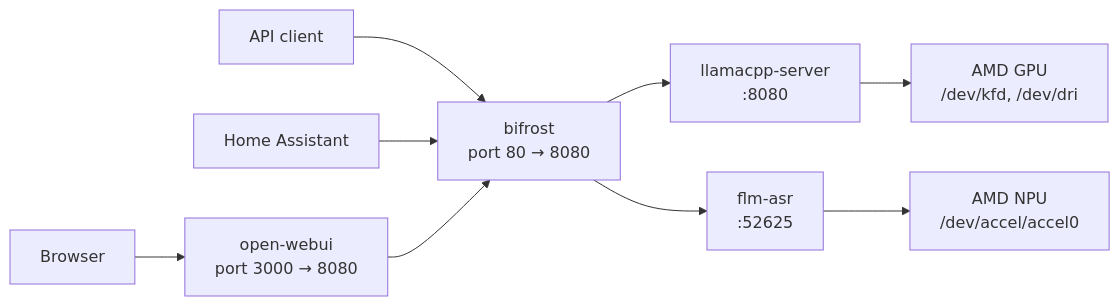
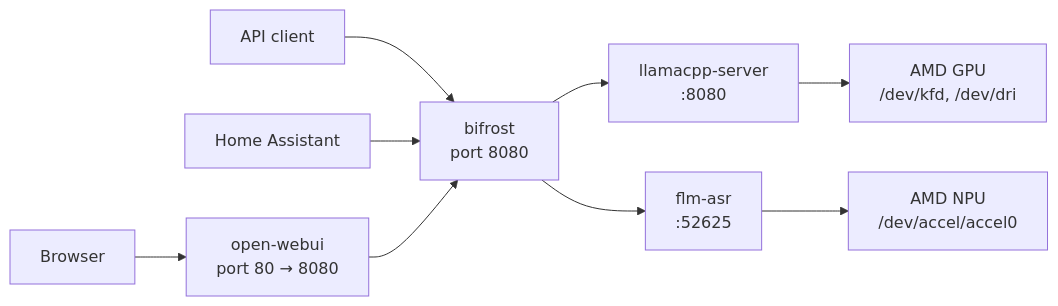
One commit to edepree/llm changed the diagram in README.md. Above: the diagram before and after it, drawn with Mermaid. The commit also changed other lines of this file and 5 other files, not shown here.

````diff
--- a/README.md
+++ b/README.md
@@ -116,11 +116,11 @@
 ```mermaid
 flowchart LR
-    CLIENT["API client"] --> BIFROST["bifrost\nport 80 → 8080"]
+    CLIENT["API client"] --> BIFROST["bifrost\nport 8080"]
     HA["Home Assistant"] --> BIFROST
-    BROWSER["Browser"] --> WEBUI["open-webui\nport 3000 → 8080"]
+    BROWSER["Browser"] --> WEBUI["open-webui\nport 80 → 8080"]
     WEBUI --> BIFROST
     BIFROST --> LLAMA["llamacpp-server\n:8080"]
     BIFROST --> FLM["flm-asr\n:52625"]
     LLAMA --> GPU["AMD GPU\n/dev/kfd, /dev/dri"]
     FLM --> NPU["AMD NPU\n/dev/accel/accel0"]
 ```
````
